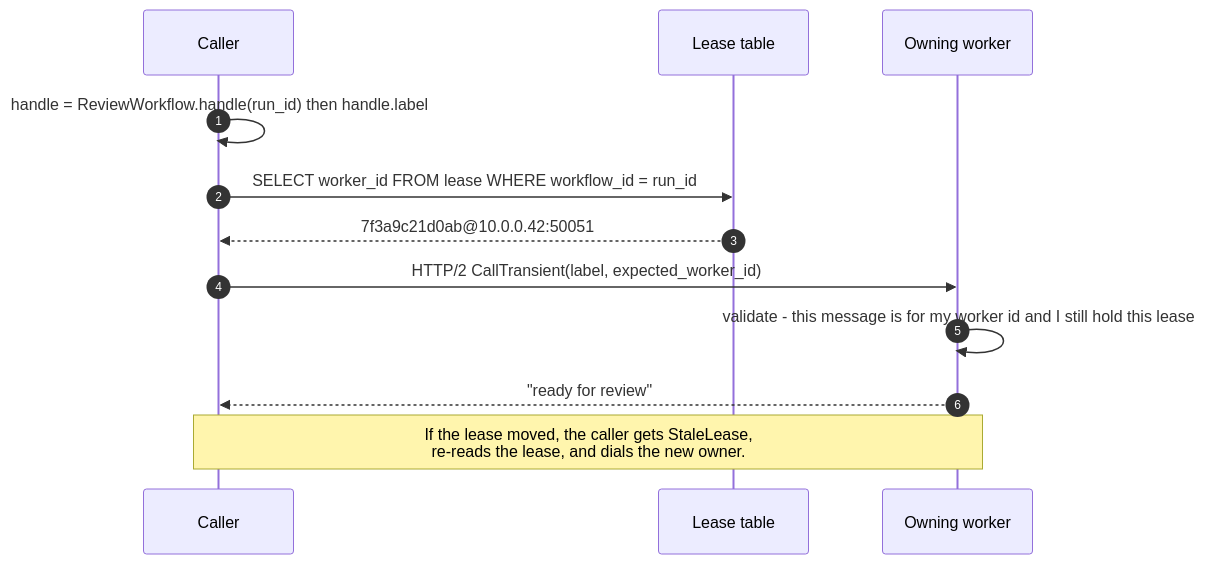
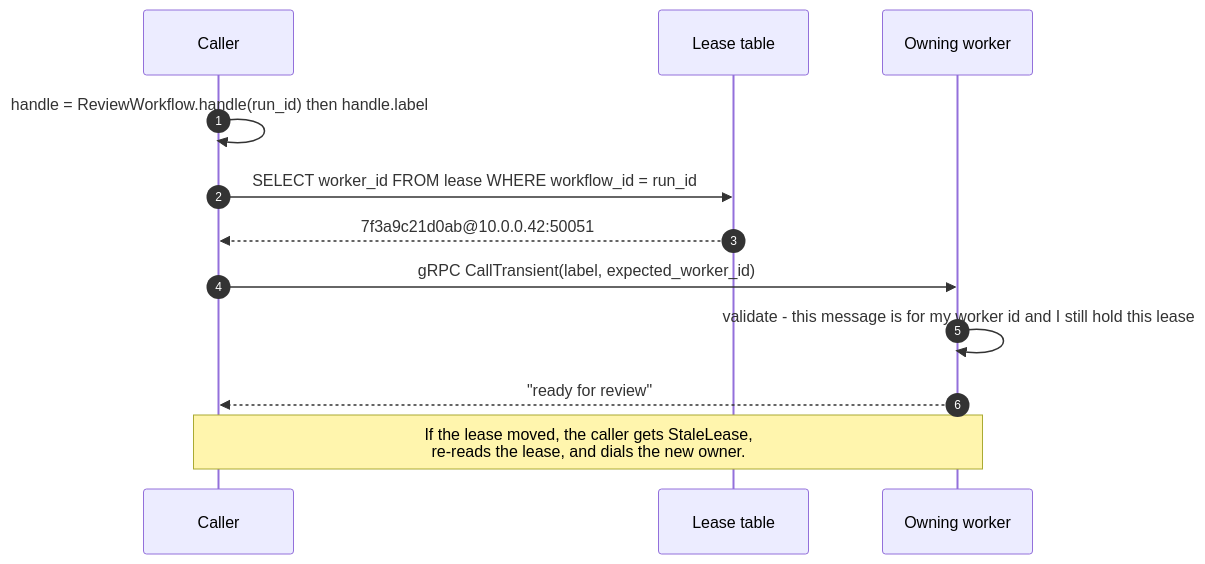
One commit to harrymees/durababble changed the third of 3 diagrams in docs/content/cluster-rpc.md. Above: the diagram before and after it, drawn with Mermaid. The commit also changed other lines of this file and 10 other files, not shown here.

````diff
--- a/docs/content/cluster-rpc.md
+++ b/docs/content/cluster-rpc.md
@@ -98,16 +98,16 @@
 ```mermaid
 sequenceDiagram
     autonumber
     participant C as Caller
     participant DB as Lease table
     participant O as Owning worker
 
     C->>C: handle = ReviewWorkflow.handle(run_id) then handle.label
     C->>DB: SELECT worker_id FROM lease WHERE workflow_id = run_id
     DB-->>C: 7f3a9c21d0ab@10.0.0.42:50051
-    C->>O: HTTP/2 CallTransient(label, expected_worker_id)
+    C->>O: gRPC CallTransient(label, expected_worker_id)
     O->>O: validate - this message is for my worker id and I still hold this lease
     O-->>C: "ready for review"
 
     Note over C,O: If the lease moved, the caller gets StaleLease,<br/>re-reads the lease, and dials the new owner.
 ```
````
